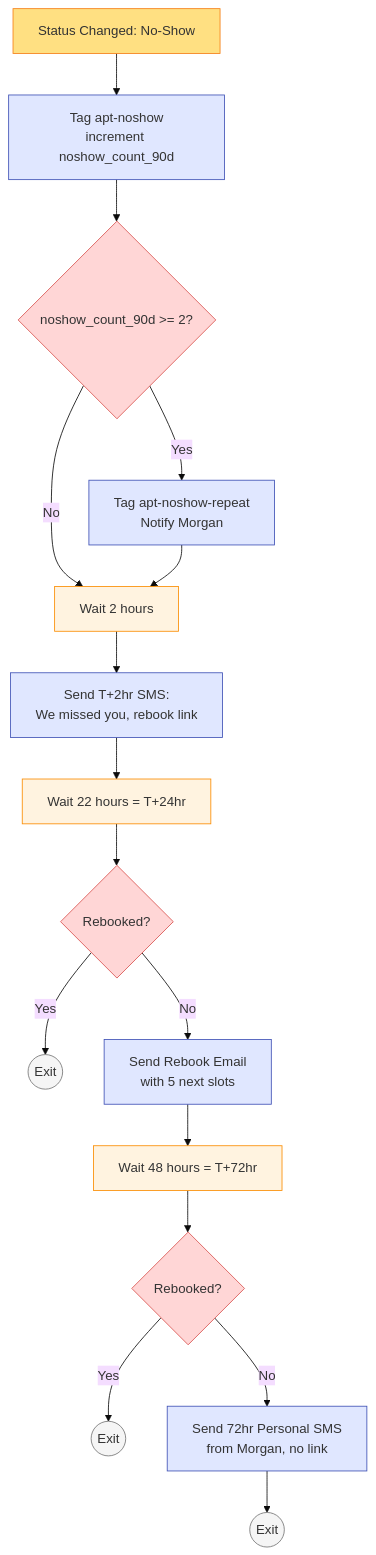
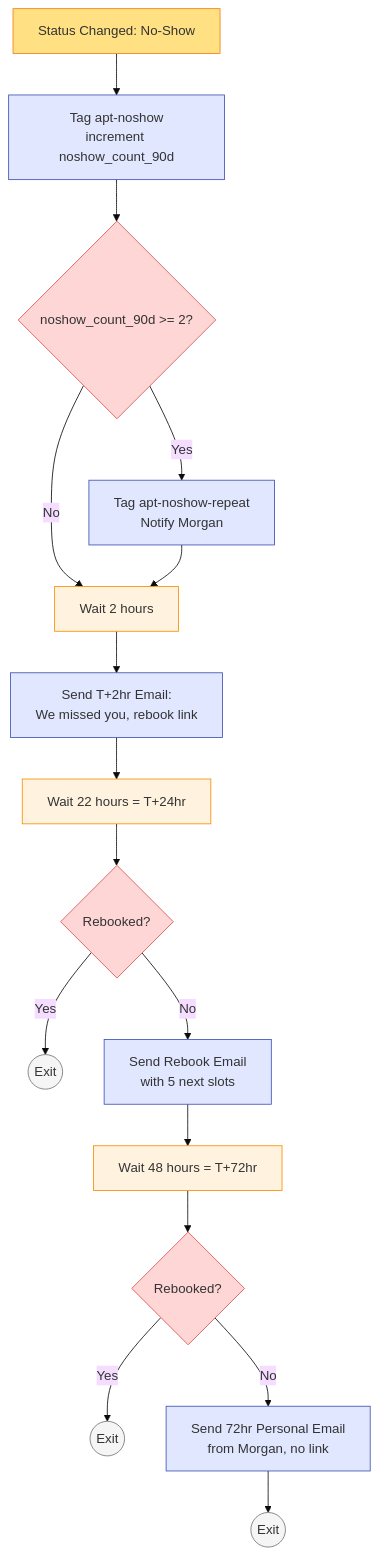
One commit to safeer-maker/GoHighLevel changed the second of 2 diagrams in client-demo/sunrise-wellness-studio/problems/03-appointment-no-show-recovery/assets/workflow.md. Above: the diagram before and after it, drawn with Mermaid (base theme). The commit also changed other lines of this file and 50 other files, not shown here.

````diff
--- a/client-demo/sunrise-wellness-studio/problems/03-appointment-no-show-recovery/assets/workflow.md
+++ b/client-demo/sunrise-wellness-studio/problems/03-appointment-no-show-recovery/assets/workflow.md
@@ -216,30 +216,30 @@
 ```mermaid
 graph TD
     T2[Status Changed: No-Show] --> A1[Tag apt-noshow<br/>increment noshow_count_90d]
     A1 --> C1{noshow_count_90d >= 2?}
     C1 -->|Yes| A1y[Tag apt-noshow-repeat<br/>Notify Morgan]
     C1 -->|No| W1
     A1y --> W1[Wait 2 hours]
-    W1 --> A2[Send T+2hr SMS:<br/>We missed you, rebook link]
+    W1 --> A2[Send T+2hr Email:<br/>We missed you, rebook link]
     A2 --> W2[Wait 22 hours = T+24hr]
     W2 --> C2{Rebooked?}
     C2 -->|Yes| EX1((Exit))
     C2 -->|No| A3[Send Rebook Email<br/>with 5 next slots]
     A3 --> W3[Wait 48 hours = T+72hr]
     W3 --> C3{Rebooked?}
     C3 -->|Yes| EX2((Exit))
-    C3 -->|No| A4[Send 72hr Personal SMS<br/>from Morgan, no link]
+    C3 -->|No| A4[Send 72hr Personal Email<br/>from Morgan, no link]
     A4 --> EX3((Exit))
 
     classDef trigger fill:#FFE082,stroke:#F57F17
     classDef action fill:#E0E7FF,stroke:#3F51B5
     classDef wait fill:#FFF3E0,stroke:#FB8C00
     classDef cond fill:#FFD6D6,stroke:#D9534F
     classDef exit fill:#F5F5F5,stroke:#757575
 
     class T2 trigger
     class A1,A1y,A2,A3,A4 action
     class W1,W2,W3 wait
     class C1,C2,C3 cond
     class EX1,EX2,EX3 exit
 ```
````
